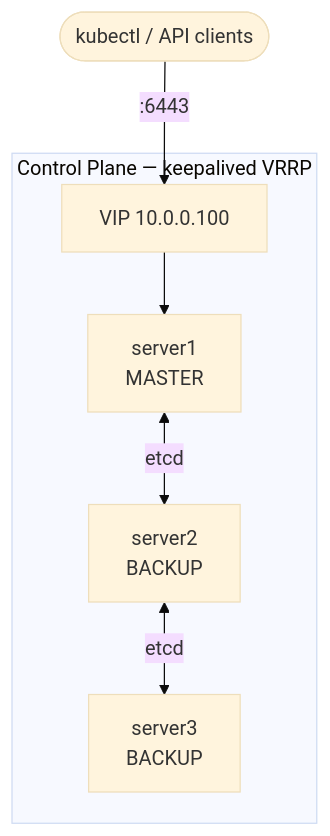
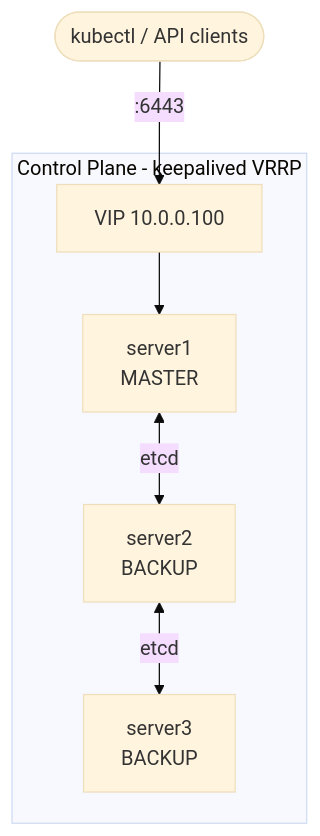
The second of 2 diagrams in README.md (devopsgroupeu/ansible-role-rke2), drawn with Mermaid (base theme) before and after one commit. The commit also changed other lines of this file and 67 other files, not shown here.

````diff
--- a/README.md
+++ b/README.md
@@ -457,16 +492,16 @@
 ```mermaid
 graph TD
     client(["kubectl / API clients"])
 
-    subgraph cp["Control Plane — keepalived VRRP"]
+    subgraph cp["Control Plane - keepalived VRRP"]
         vip["VIP 10.0.0.100"]
         s1["server1\nMASTER"]
         s2["server2\nBACKUP"]
         s3["server3\nBACKUP"]
         vip --> s1
     end
 
     client -->|":6443"| vip
     s1 <-->|"etcd"| s2
     s2 <-->|"etcd"| s3
 ```
````
